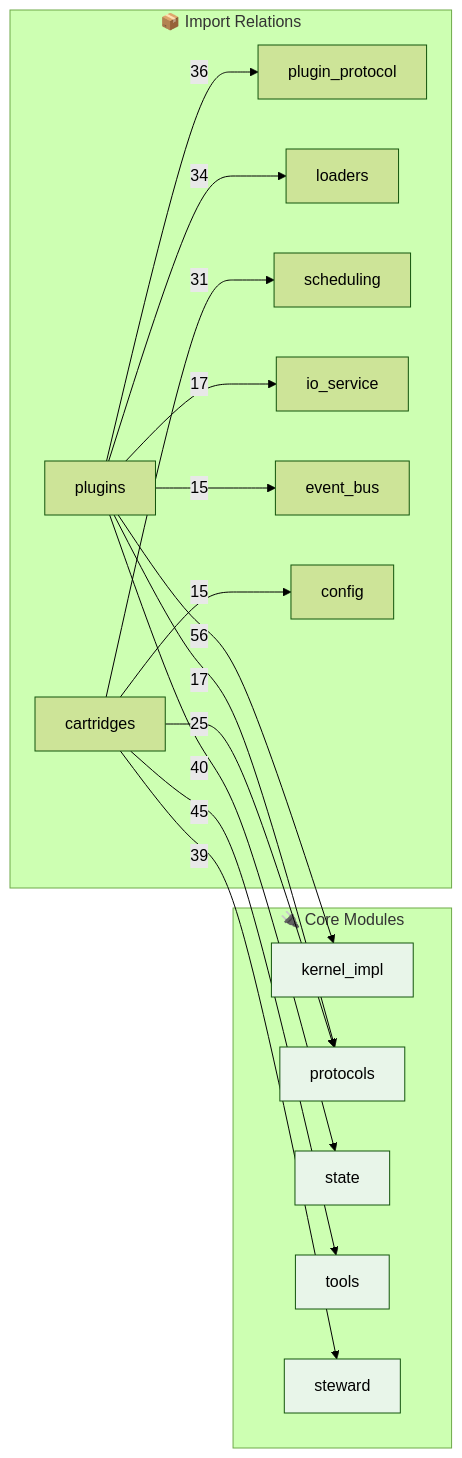
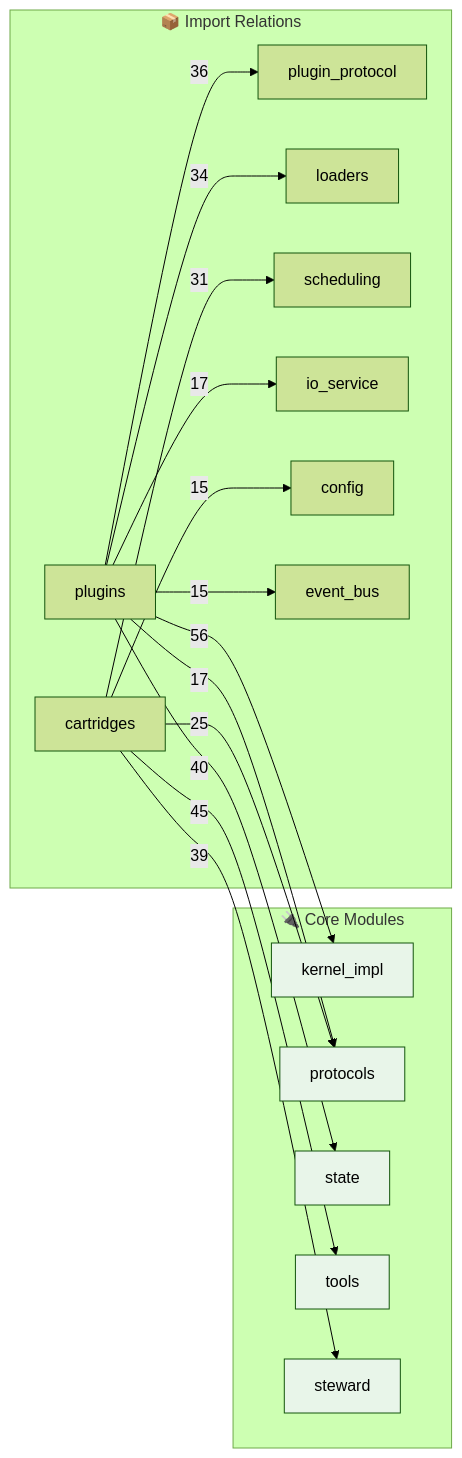
One commit to kimeisele/steward-protocol changed the second of 2 diagrams in OPUS.md. Above: the diagram before and after it, drawn with Mermaid (forest theme). The commit also changed other lines of this file and 16 other files, not shown here.

````diff
--- a/OPUS.md
+++ b/OPUS.md
@@ -812,31 +709,31 @@
 ```mermaid
 flowchart LR
     subgraph Core["🔌 Core Modules"]
         kernel_impl[kernel_impl]
         protocols[protocols]
         state[state]
         tools[tools]
         steward[steward]
     end
 
     subgraph Edges["📦 Import Relations"]
         plugins -->|56| kernel_impl
         cartridges -->|45| tools
         plugins -->|40| state
         cartridges -->|39| steward
         plugins -->|36| plugin_protocol
         plugins -->|34| loaders
         cartridges -->|31| scheduling
         cartridges -->|25| protocols
         plugins -->|17| protocols
         plugins -->|17| io_service
+        cartridges -->|15| config
         plugins -->|15| event_bus
-        cartridges -->|15| config
     end
 
     style kernel_impl fill:#e8f5e9
     style protocols fill:#e8f5e9
     style state fill:#e8f5e9
     style tools fill:#e8f5e9
     style steward fill:#e8f5e9
 ```
````
